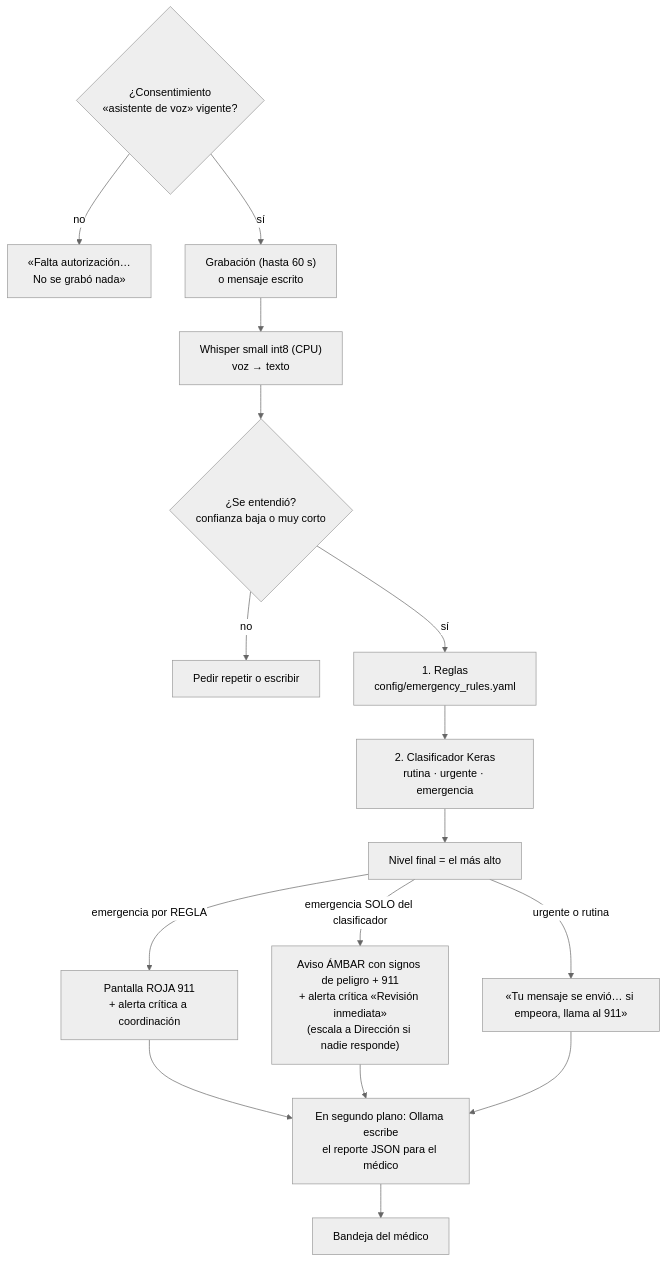
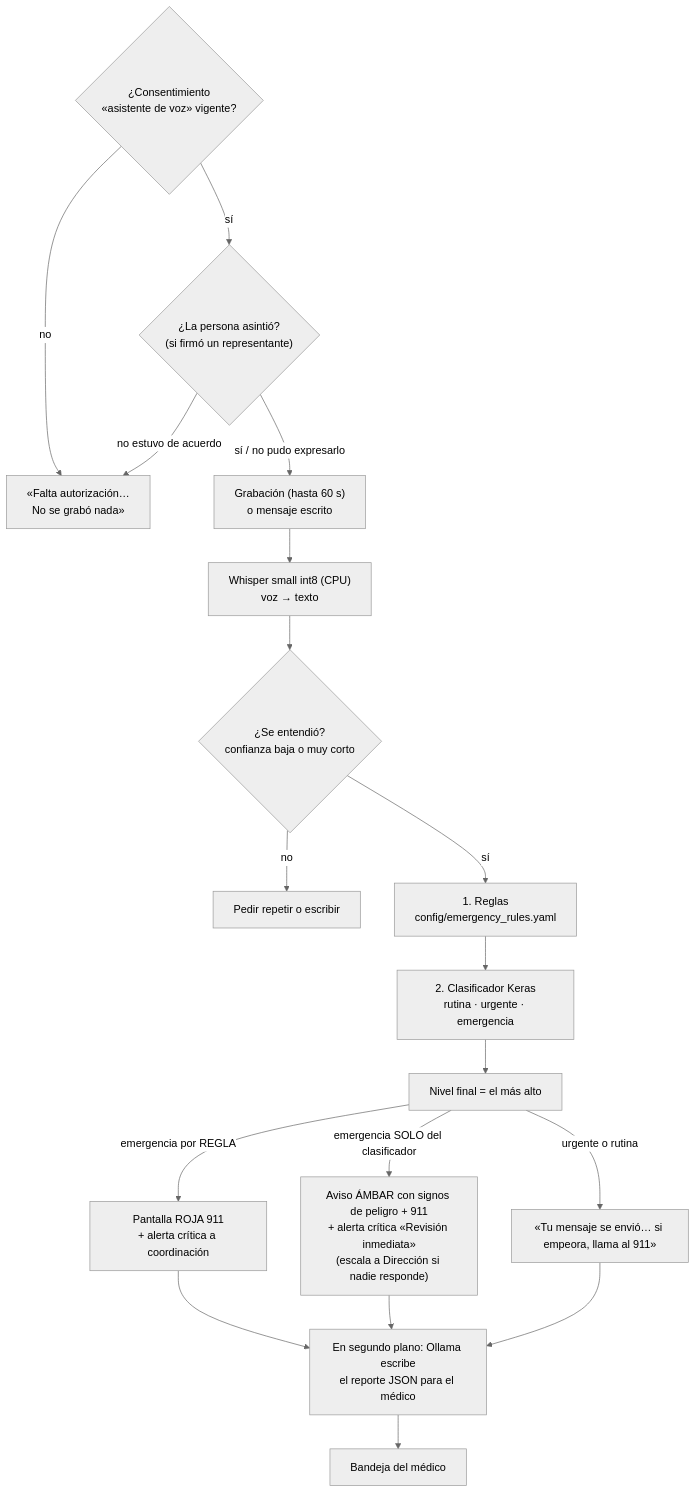
The diagram in docs/biblia/parte2/11_enlaza_voz.md (daviddzd/vela), drawn with Mermaid (neutral theme) before and after one commit. The commit also changed other lines of this file and 22 other files, not shown here.

````diff
--- a/docs/biblia/parte2/11_enlaza_voz.md
+++ b/docs/biblia/parte2/11_enlaza_voz.md
@@ -42,16 +42,18 @@
 ```mermaid
 flowchart TB
   C{"¿Consentimiento<br/>«asistente de voz» vigente?"} -- no --> NO["«Falta autorización…<br/>No se grabó nada»"]
-  C -- sí --> G["Grabación (hasta 60 s)<br/>o mensaje escrito"]
+  C -- sí --> AS{"¿La persona asintió?<br/>(si firmó un representante)"}
+  AS -- "no estuvo de acuerdo" --> NO
+  AS -- "sí / no pudo expresarlo" --> G["Grabación (hasta 60 s)<br/>o mensaje escrito"]
   G --> W["Whisper small int8 (CPU)<br/>voz → texto"]
   W --> Q{"¿Se entendió?<br/>confianza baja o muy corto"}
   Q -- no --> REP["Pedir repetir o escribir"]
   Q -- sí --> R["1. Reglas<br/>config/emergency_rules.yaml"]
   R --> K["2. Clasificador Keras<br/>rutina · urgente · emergencia"]
   K --> N["Nivel final = el más alto"]
   N -- "emergencia por REGLA" --> RED["Pantalla ROJA 911<br/>+ alerta crítica a coordinación"]
   N -- "emergencia SOLO del clasificador" --> AMB["Aviso ÁMBAR con signos de peligro + 911<br/>+ alerta crítica «Revisión inmediata»<br/>(escala a Dirección si nadie responde)"]
   N -- "urgente o rutina" --> OK["«Tu mensaje se envió… si empeora, llama al 911»"]
   RED & AMB & OK --> LLM["En segundo plano: Ollama escribe<br/>el reporte JSON para el médico"]
   LLM --> MED["Bandeja del médico"]
 ```
````
